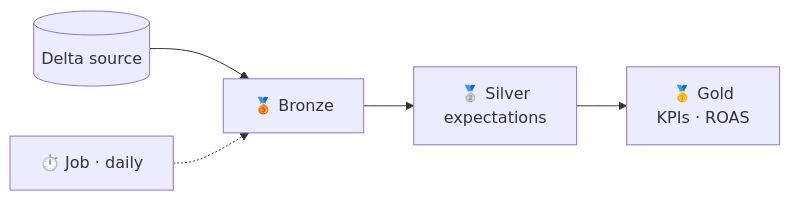
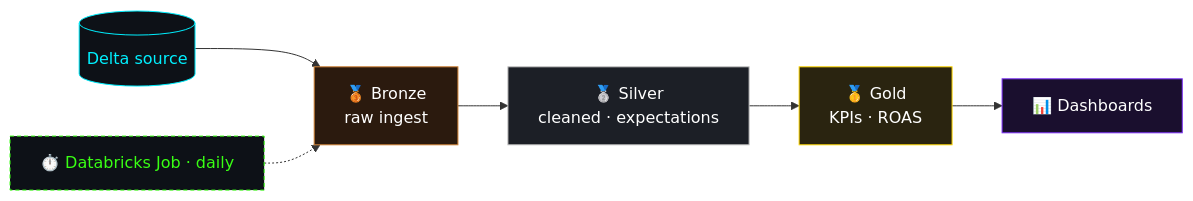
Before and after one commit to MatheusFelipePereira/MatheusFelipePereira: the diagram in README.md, drawn with Mermaid. The commit also changed other lines of this file, not shown here.

````diff
--- a/README.md
+++ b/README.md
@@ -99,5 +134,12 @@
 ```mermaid
 flowchart LR
-    S[(Delta source)] --> B[🥉 Bronze] --> SV[🥈 Silver<br/>expectations] --> G[🥇 Gold<br/>KPIs · ROAS]
-    J[⏱️ Job · daily] -.-> B
+    S[(Delta source)]:::src --> B[🥉 Bronze<br/>raw ingest]:::bronze --> SV[🥈 Silver<br/>cleaned · expectations]:::silver --> G[🥇 Gold<br/>KPIs · ROAS]:::gold --> D[📊 Dashboards]:::bi
+    J[⏱️ Databricks Job · daily]:::job -.-> B
+
+    classDef src    fill:#0D1117,stroke:#00F0FF,color:#00F0FF
+    classDef bronze fill:#2b1a0e,stroke:#CD7F32,color:#fff
+    classDef silver fill:#1c1f26,stroke:#C0C0C0,color:#fff
+    classDef gold   fill:#2a2410,stroke:#FFD700,color:#fff
+    classDef bi     fill:#1a0f2e,stroke:#7B2FF7,color:#fff
+    classDef job    fill:#0D1117,stroke:#39FF14,color:#39FF14,stroke-dasharray: 4 3
 ```
````
